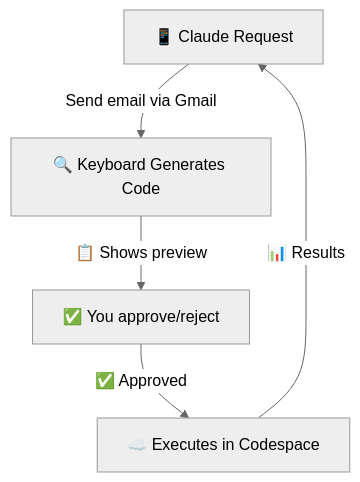
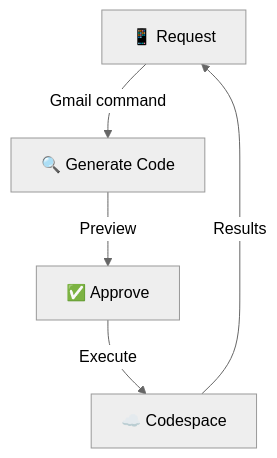
Before and after one commit to rolandstdocs/docs: the diagram in how-it-works/architecture.mdx, drawn with Mermaid (neutral theme).

Commit message:
Documentation edits made through Mintlify web editor

````diff
--- a/how-it-works/architecture.mdx
+++ b/how-it-works/architecture.mdx
@@ -8,12 +8,7 @@
 ```mermaid
 flowchart TD
-    A[📱 Claude Request]
-    B[🔍 Keyboard Generates Code]
-    C[✅ You approve/reject]
-    D[☁️ Executes in Codespace]
-    
-    A -->|"Send email via Gmail"| B
-    B -->|📋 Shows preview| C
-    C -->|✅ Approved| D
-    D -->|📊 Results| A
+    A[📱 Request] -->|Gmail command| B[🔍 Generate Code]
+    B -->|Preview| C[✅ Approve]
+    C -->|Execute| D[☁️ Codespace]
+    D -->|Results| A
 ```
````
